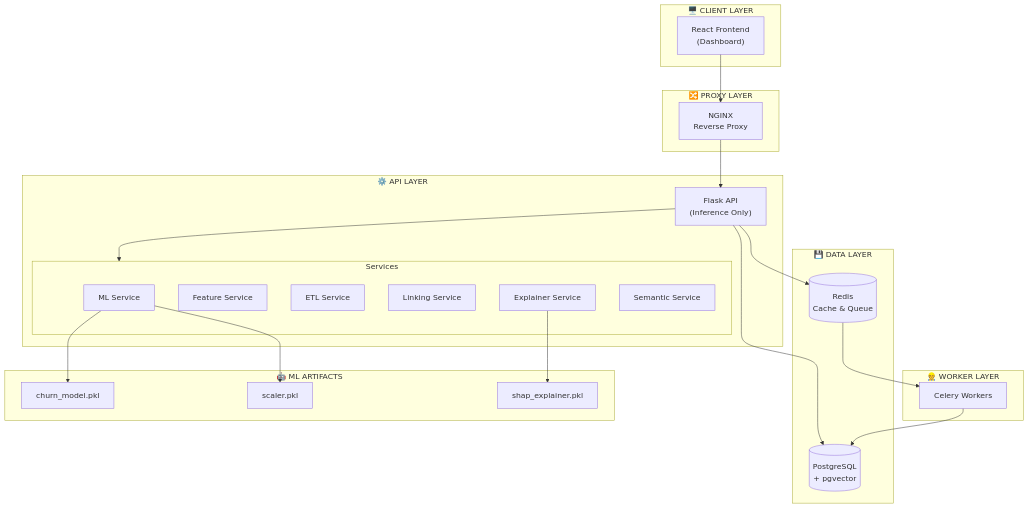
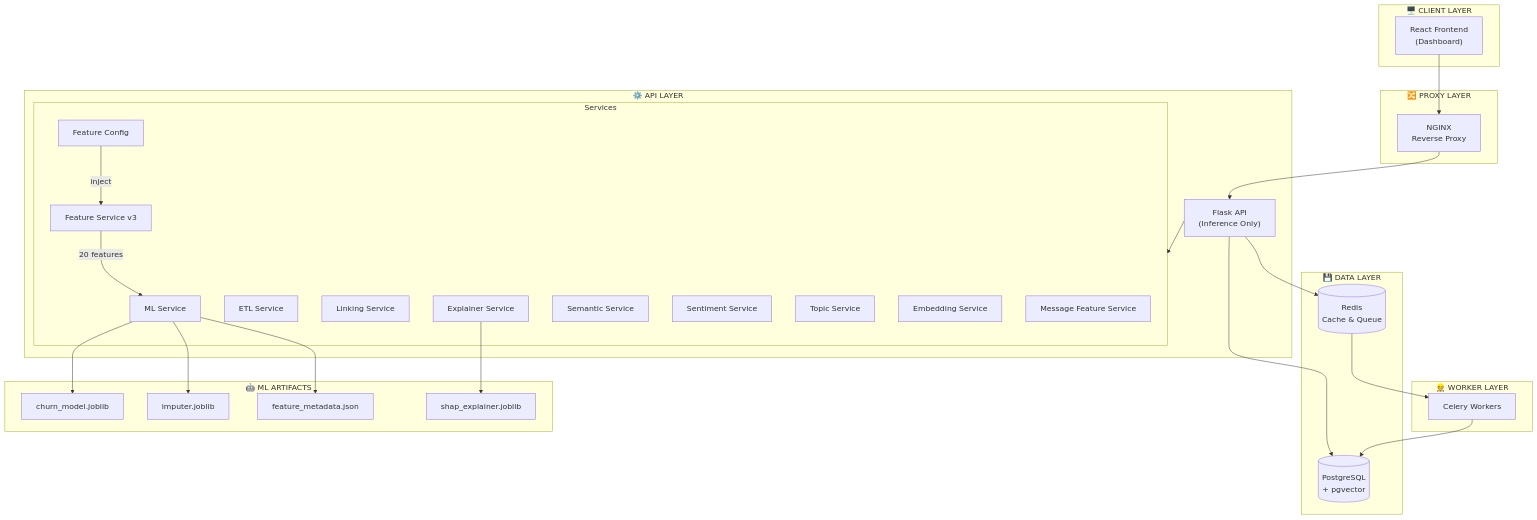
The first of 15 diagrams in DOKUMENTASI_SISTEM.md (adamsafril19/Customer-Analitycs--Mamina-), drawn with Mermaid before and after one commit. The commit also changed other lines of this file and 21 other files, not shown here.

````diff
--- a/DOKUMENTASI_SISTEM.md
+++ b/DOKUMENTASI_SISTEM.md
@@ -33,49 +48,58 @@
 ```mermaid
 flowchart TB
     subgraph CLIENT["🖥️ CLIENT LAYER"]
         FE["React Frontend<br/>(Dashboard)"]
     end
 
     subgraph PROXY["🔀 PROXY LAYER"]
         NGINX["NGINX<br/>Reverse Proxy"]
     end
 
     subgraph API["⚙️ API LAYER"]
         FLASK["Flask API<br/>(Inference Only)"]
 
         subgraph SERVICES["Services"]
             ML["ML Service"]
-            FEATURE["Feature Service"]
+            FEATURE["Feature Service v3"]
+            FCONFIG["Feature Config"]
             ETL["ETL Service"]
             LINK["Linking Service"]
             EXPLAINER["Explainer Service"]
             SEMANTIC["Semantic Service"]
+            SENTIMENT["Sentiment Service"]
+            TOPIC["Topic Service"]
+            EMBED["Embedding Service"]
+            MSGFEAT["Message Feature Service"]
         end
     end
 
     subgraph DATA["💾 DATA LAYER"]
         PG[("PostgreSQL<br/>+ pgvector")]
         REDIS[("Redis<br/>Cache & Queue")]
     end
 
     subgraph WORKER["👷 WORKER LAYER"]
         CELERY["Celery Workers"]
     end
 
     subgraph ML_ARTIFACTS["🤖 ML ARTIFACTS"]
-        MODEL["churn_model.pkl"]
-        SCALER["scaler.pkl"]
-        SHAP["shap_explainer.pkl"]
+        MODEL["churn_model.joblib"]
+        IMPUTER["imputer.joblib"]
+        FEATURES_JSON["feature_metadata.json"]
+        SHAP["shap_explainer.joblib"]
     end
 
     FE --> NGINX
     NGINX --> FLASK
     FLASK --> SERVICES
     FLASK --> PG
     FLASK --> REDIS
     REDIS --> CELERY
     CELERY --> PG
+    FCONFIG -->|inject| FEATURE
+    FEATURE -->|20 features| ML
     ML --> MODEL
-    ML --> SCALER
+    ML --> IMPUTER
+    ML --> FEATURES_JSON
     EXPLAINER --> SHAP
 ```
````
